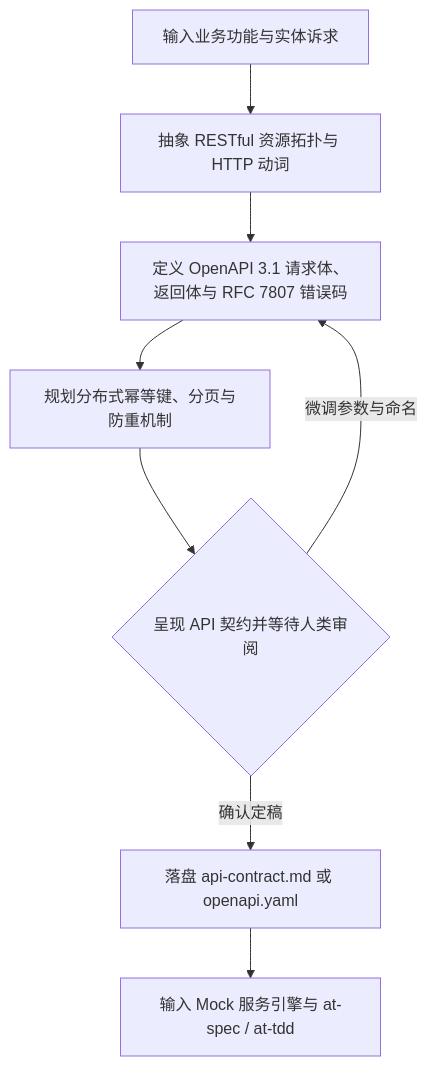
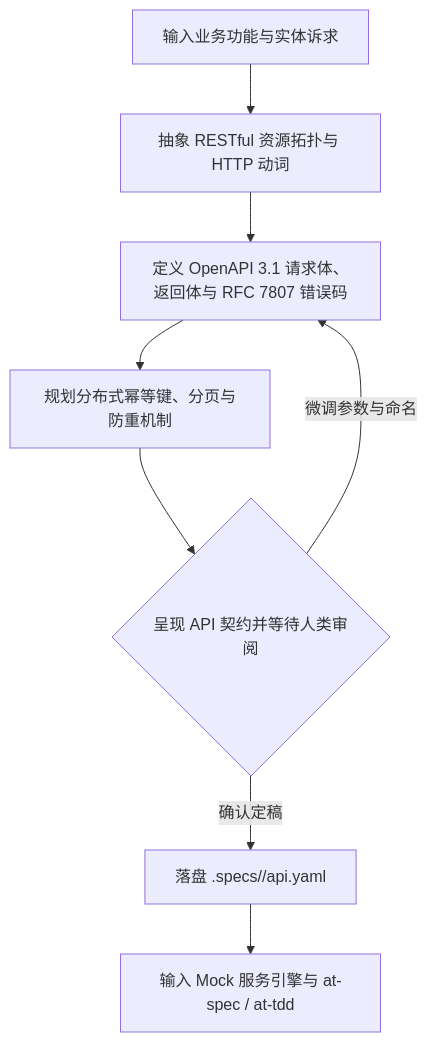
The diagram in docs/skills/at-api-design.md (atengk/skills), drawn with Mermaid before and after one commit. The commit also changed other lines of this file and 31 other files, not shown here.

````diff
--- a/docs/skills/at-api-design.md
+++ b/docs/skills/at-api-design.md
@@ -41,10 +41,10 @@
 ```mermaid
 flowchart TD
     Start["输入业务功能与实体诉求"] --> Model["抽象 RESTful 资源拓扑与 HTTP 动词"]
     Model --> Spec["定义 OpenAPI 3.1 请求体、返回体与 RFC 7807 错误码"]
     Spec --> Guard["规划分布式幂等键、分页与防重机制"]
     Guard --> Review{"呈现 API 契约并等待人类审阅"}
     Review -- 微调参数与命名 --> Spec
-    Review -- 确认定稿 --> Persist["落盘 api-contract.md 或 openapi.yaml"]
+    Review -- 确认定稿 --> Persist["落盘 .specs/<feature-slug>/api.yaml"]
     Persist --> Handoff["输入 Mock 服务引擎与 at-spec / at-tdd"]
 ```
````
